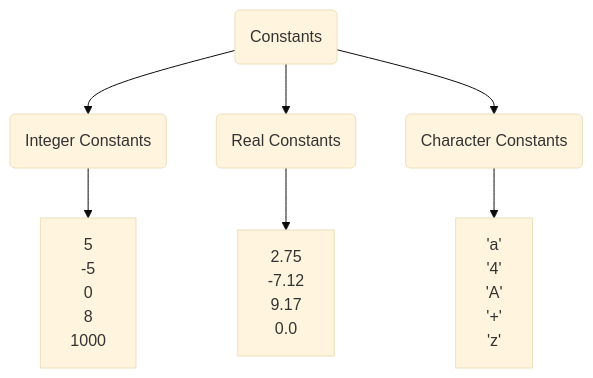
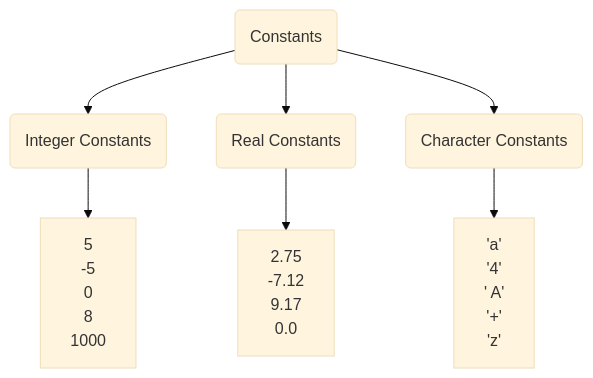
Before and after one commit to dhanaabhirajk/Codex_Trees: the first of 2 diagrams in src/main/resources/templates/c_lang/md/english_vs_c.md, drawn with Mermaid (base theme). The commit also changed other lines of this file and 2 other files, not shown here.

````diff
--- a/src/main/resources/templates/c_lang/md/english_vs_c.md
+++ b/src/main/resources/templates/c_lang/md/english_vs_c.md
@@ -16,10 +16,10 @@
 ```mermaid
   graph TD;
       A(Constants)-->B(Integer Constants);
       A-->C(Real Constants);
       A-->D(Character Constants);
       B-->E[5<br>-5<br>0<br>8<br>1000];
       C-->F[2.75<br>-7.12<br>9.17<br>0.0];
-      D-->G['a'<br>'4'<br>'A'<br>'+'<br>'z'];
+      D-->G['a'<br>'4'<br>' A'<br>'+'<br>'z'];
       
 ```
````
